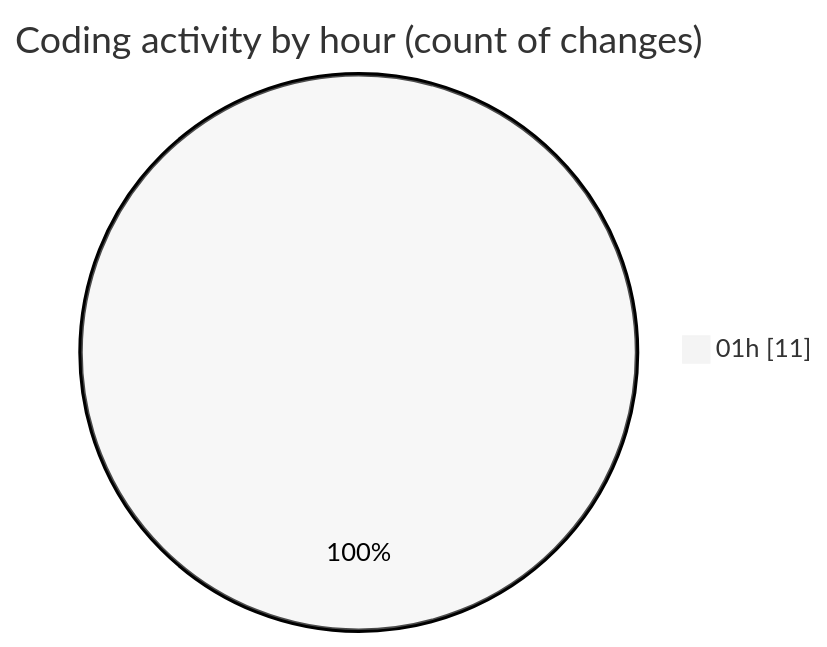
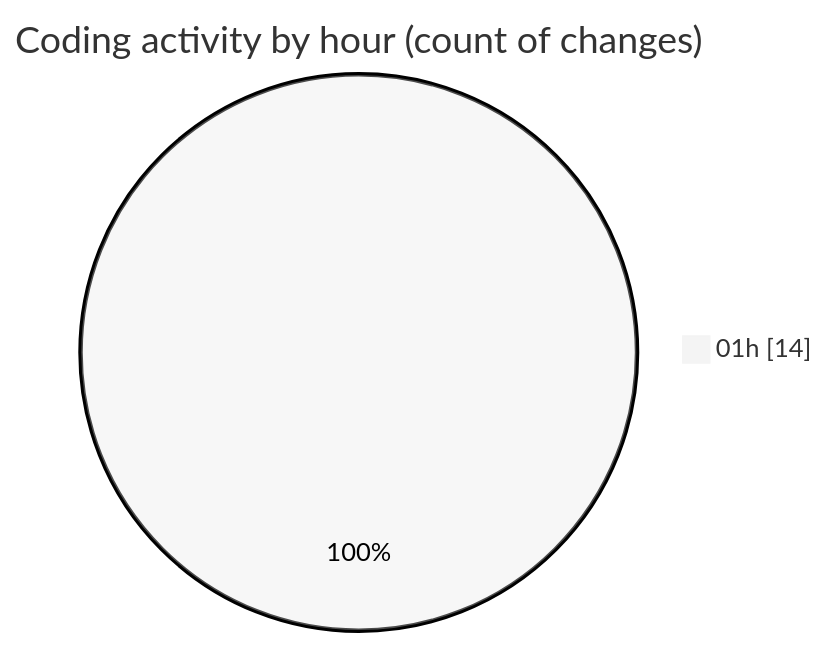
Before and after one commit to lephambinh05/code-tracking: the second of 2 diagrams in 2025-09-17/quytuthien_vn/README.md, drawn with Mermaid (neutral theme). The commit also changed other lines of this file and 1 other file, not shown here.

````diff
--- a/2025-09-17/quytuthien_vn/README.md
+++ b/2025-09-17/quytuthien_vn/README.md
@@ -39,5 +40,5 @@
 ```mermaid
 pie showData
 title Coding activity by hour (count of changes)
-"01h" : 11
+"01h" : 14
 ```
````
